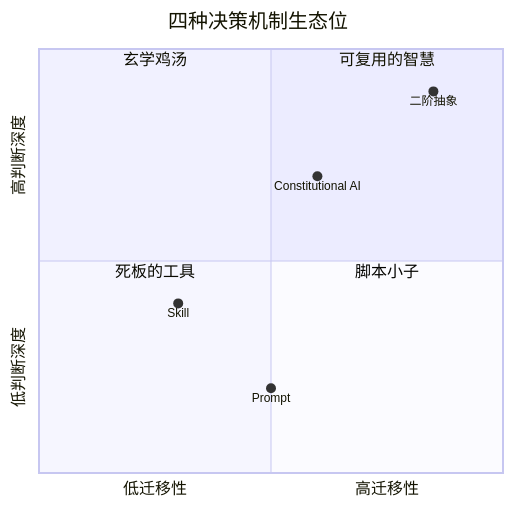
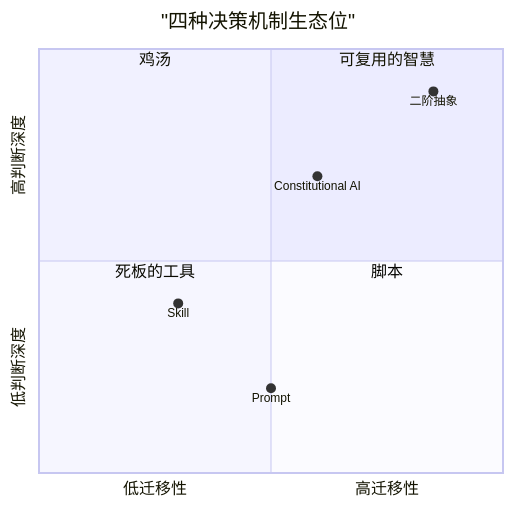
Before and after one commit to aptshark-g/DialogMesh: diagram 11 of 12 in docs/blog/chapter3_second_order_abstraction.md, drawn with Mermaid. The commit also changed other lines of this file, not shown here.

Commit message:
docs(blog): chapter3 §8.5 重写 — RAG 应用与冷热系统(A15)融合: 不再是孤立检索技巧. 温度管时间轴(A15: Hot/Warm/Cold/Frozen) × 价值管稀缺轴(A7: I=-log2P) 二维保留策略; 降温=换表示非删除(二阶抽象=降温机制: 聚类凝练=Cold→Frozen, 反事实=Frozen→Hot 语义唤醒 BGE>0.8); 普通RAG盲区=无温度无价值轴; 高价值召回=反事实猜想桥=语义唤醒. 新增 mermaid 温度轴×价值轴双轴图. 收尾: 冷热系统=二阶抽象的存储侧, 二阶抽象=冷热系统的检索侧, 同一枚硬币两面

````diff
--- a/docs/blog/chapter3_second_order_abstraction.md
+++ b/docs/blog/chapter3_second_order_abstraction.md
@@ -633,14 +678,14 @@
 ```mermaid
 quadrantChart
-    title 四种决策机制生态位
-    x-axis 低迁移性 --> 高迁移性
-    y-axis 低判断深度 --> 高判断深度
+    title "四种决策机制生态位"
+    x-axis "低迁移性" --> "高迁移性"
+    y-axis "低判断深度" --> "高判断深度"
     quadrant-1 "可复用的智慧"
-    quadrant-2 "玄学鸡汤"
+    quadrant-2 "鸡汤"
     quadrant-3 "死板的工具"
-    quadrant-4 "脚本小子"
-    Skill: [0.3, 0.4]
-    二阶抽象: [0.85, 0.9]
-    Prompt: [0.5, 0.2]
-    Constitutional AI: [0.6, 0.7]
+    quadrant-4 "脚本"
+    "Skill": [0.3, 0.4]
+    "二阶抽象": [0.85, 0.9]
+    "Prompt": [0.5, 0.2]
+    "Constitutional AI": [0.6, 0.7]
 ```
````
